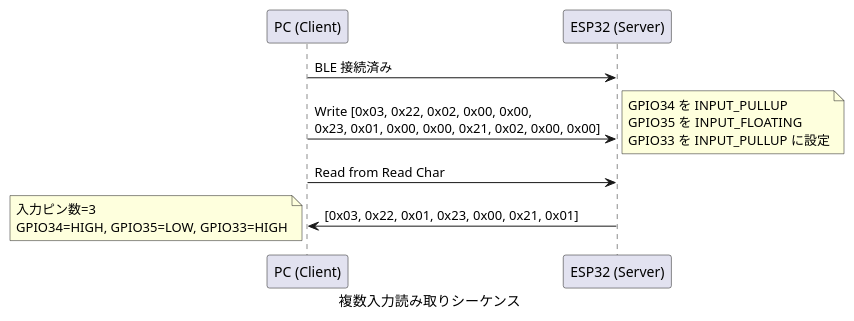
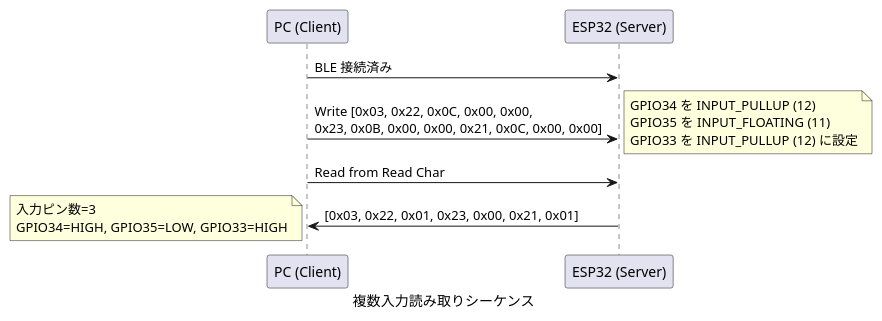
One commit to Hondarer/bleio changed the fourth of 4 diagrams in docs-src/protocol.md. Above: the diagram before and after it, drawn with PlantUML. The commit also changed other lines of this file and 3 other files, not shown here.

````diff
--- a/docs-src/protocol.md
+++ b/docs-src/protocol.md
@@ -367,17 +367,17 @@
 ```plantuml
 @startuml 複数入力読み取りシーケンス
     caption 複数入力読み取りシーケンス
 
     participant "PC (Client)" as PC
     participant "ESP32 (Server)" as ESP32
 
     PC -> ESP32: BLE 接続済み
 
-    PC -> ESP32: Write [0x03, 0x22, 0x02, 0x00, 0x00,\n0x23, 0x01, 0x00, 0x00, 0x21, 0x02, 0x00, 0x00]
-    note right: GPIO34 を INPUT_PULLUP\nGPIO35 を INPUT_FLOATING\nGPIO33 を INPUT_PULLUP に設定
+    PC -> ESP32: Write [0x03, 0x22, 0x0C, 0x00, 0x00,\n0x23, 0x0B, 0x00, 0x00, 0x21, 0x0C, 0x00, 0x00]
+    note right: GPIO34 を INPUT_PULLUP (12)\nGPIO35 を INPUT_FLOATING (11)\nGPIO33 を INPUT_PULLUP (12) に設定
 
     PC -> ESP32: Read from Read Char
     ESP32 -> PC: [0x03, 0x22, 0x01, 0x23, 0x00, 0x21, 0x01]
     note left: 入力ピン数=3\nGPIO34=HIGH, GPIO35=LOW, GPIO33=HIGH
 @enduml
 ```
````
